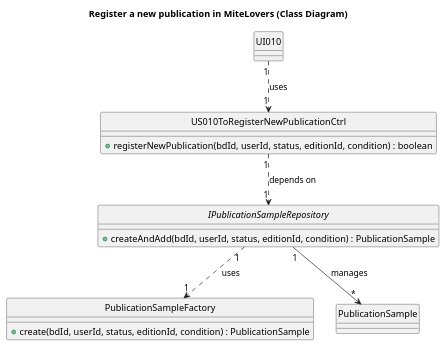
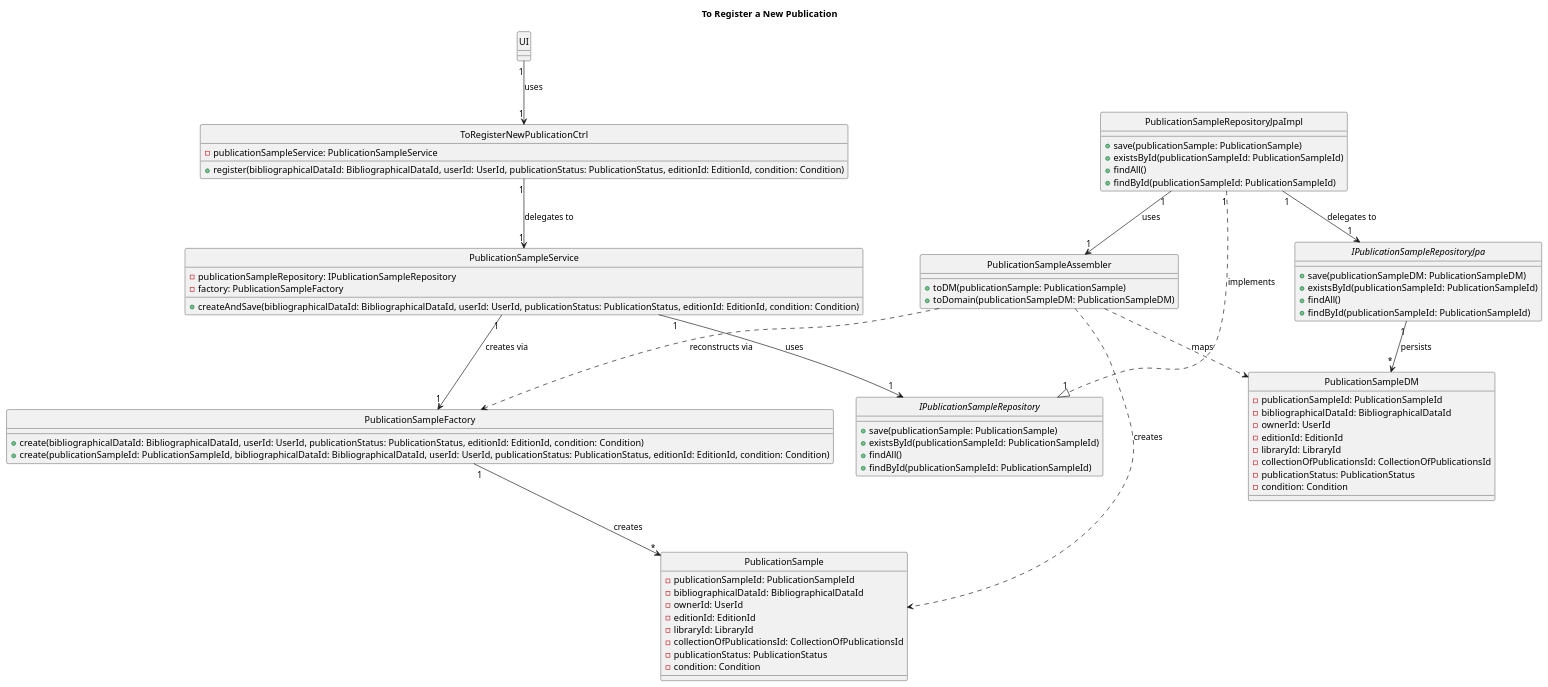
One commit to AndrePereiraGitH/SWitCH-Project-Team_A changed the diagram in Diagrams/ClassDiagrams/To-register-a-publication-to-add-to-library.puml. Above: the diagram before and after it, drawn with PlantUML.

Commit message:
docs #740: fixes to class diagram

```diff
--- a/Diagrams/ClassDiagrams/To-register-a-publication-to-add-to-library.puml
+++ b/Diagrams/ClassDiagrams/To-register-a-publication-to-add-to-library.puml
@@ -1,32 +1,96 @@
 @startuml
-title Register a new publication in MiteLovers (Class Diagram)
 
-hide circle
+ hide circle
+ title To Register a New Publication
 
-class UI010 {
-}
+ class UI
 
-class US010ToRegisterNewPublicationCtrl {
-  +registerNewPublication(bdId, userId, status, editionId, condition) : boolean
-}
+ class ToRegisterNewPublicationCtrl {
+   -publicationSampleService: PublicationSampleService
+   +register(bibliographicalDataId: BibliographicalDataId, userId: UserId, publicationStatus: PublicationStatus, editionId: EditionId, condition: Condition)
+ }
 
-interface IPublicationSampleRepository {
-  +createAndAdd(bdId, userId, status, editionId, condition) : PublicationSample
-}
+ class PublicationSampleService {
+   -publicationSampleRepository: IPublicationSampleRepository
+   -factory: PublicationSampleFactory
+   +createAndSave(bibliographicalDataId: BibliographicalDataId, userId: UserId, publicationStatus: PublicationStatus, editionId: EditionId, condition: Condition)
+ }
 
-class PublicationSampleFactory {
-  +create(bdId, userId, status, editionId, condition) : PublicationSample
-}
+ class PublicationSample {
+   -publicationSampleId: PublicationSampleId
+   -bibliographicalDataId: BibliographicalDataId
+   -ownerId: UserId
+   -editionId: EditionId
+   -libraryId: LibraryId
+   -collectionOfPublicationsId: CollectionOfPublicationsId
+   -publicationStatus: PublicationStatus
+   -condition: Condition
+ }
 
-class PublicationSample {
-}
+ class PublicationSampleFactory {
+   +create(bibliographicalDataId: BibliographicalDataId, userId: UserId, publicationStatus: PublicationStatus, editionId: EditionId, condition: Condition)
+   +create(publicationSampleId: PublicationSampleId, bibliographicalDataId: BibliographicalDataId, userId: UserId, publicationStatus: PublicationStatus, editionId: EditionId, condition: Condition)
+ }
 
-UI010 "1" ..> "1" US010ToRegisterNewPublicationCtrl : uses
+ interface IPublicationSampleRepository {
+   +save(publicationSample: PublicationSample)
+   +existsById(publicationSampleId: PublicationSampleId)
+   +findAll()
+   +findById(publicationSampleId: PublicationSampleId)
+ }
 
-US010ToRegisterNewPublicationCtrl "1" ..> "1" IPublicationSampleRepository : depends on
+ class PublicationSampleRepositoryJpaImpl {
+   +save(publicationSample: PublicationSample)
+   +existsById(publicationSampleId: PublicationSampleId)
+   +findAll()
+   +findById(publicationSampleId: PublicationSampleId)
+ }
 
-IPublicationSampleRepository "1" ..> "1" PublicationSampleFactory : uses
+ interface IPublicationSampleRepositoryJpa {
+   +save(publicationSampleDM: PublicationSampleDM)
+   +existsById(publicationSampleId: PublicationSampleId)
+   +findAll()
+   +findById(publicationSampleId: PublicationSampleId)
+ }
 
-IPublicationSampleRepository "1" --> "*" PublicationSample : manages
+ class PublicationSampleAssembler {
+   +toDM(publicationSample: PublicationSample)
+   +toDomain(publicationSampleDM: PublicationSampleDM)
+ }
 
-@enduml
+ class PublicationSampleDM {
+   -publicationSampleId: PublicationSampleId
+   -bibliographicalDataId: BibliographicalDataId
+   -ownerId: UserId
+   -editionId: EditionId
+   -libraryId: LibraryId
+   -collectionOfPublicationsId: CollectionOfPublicationsId
+   -publicationStatus: PublicationStatus
+   -condition: Condition
+ }
+
+ ' =============
+ ' Relationships
+ ' =============
+
+ UI "1" --> "1" ToRegisterNewPublicationCtrl : uses
+
+ ToRegisterNewPublicationCtrl "1" --> "1" PublicationSampleService : delegates to
+
+ PublicationSampleService "1" --> "1" IPublicationSampleRepository : uses
+ PublicationSampleService "1" --> "1" PublicationSampleFactory : creates via
+
+ PublicationSampleRepositoryJpaImpl "1" ..|> "1" IPublicationSampleRepository : implements
+ PublicationSampleRepositoryJpaImpl "1" --> "1" IPublicationSampleRepositoryJpa : delegates to
+ PublicationSampleRepositoryJpaImpl "1" --> "1" PublicationSampleAssembler : uses
+
+ IPublicationSampleRepositoryJpa "1" --> "*" PublicationSampleDM : persists
+
+ PublicationSampleAssembler ..> PublicationSampleFactory : reconstructs via
+ PublicationSampleAssembler ..> PublicationSample : creates
+ PublicationSampleAssembler ..> PublicationSampleDM : maps
+
+
+ PublicationSampleFactory "1" --> "*" PublicationSample : creates
+
+ @enduml
```
